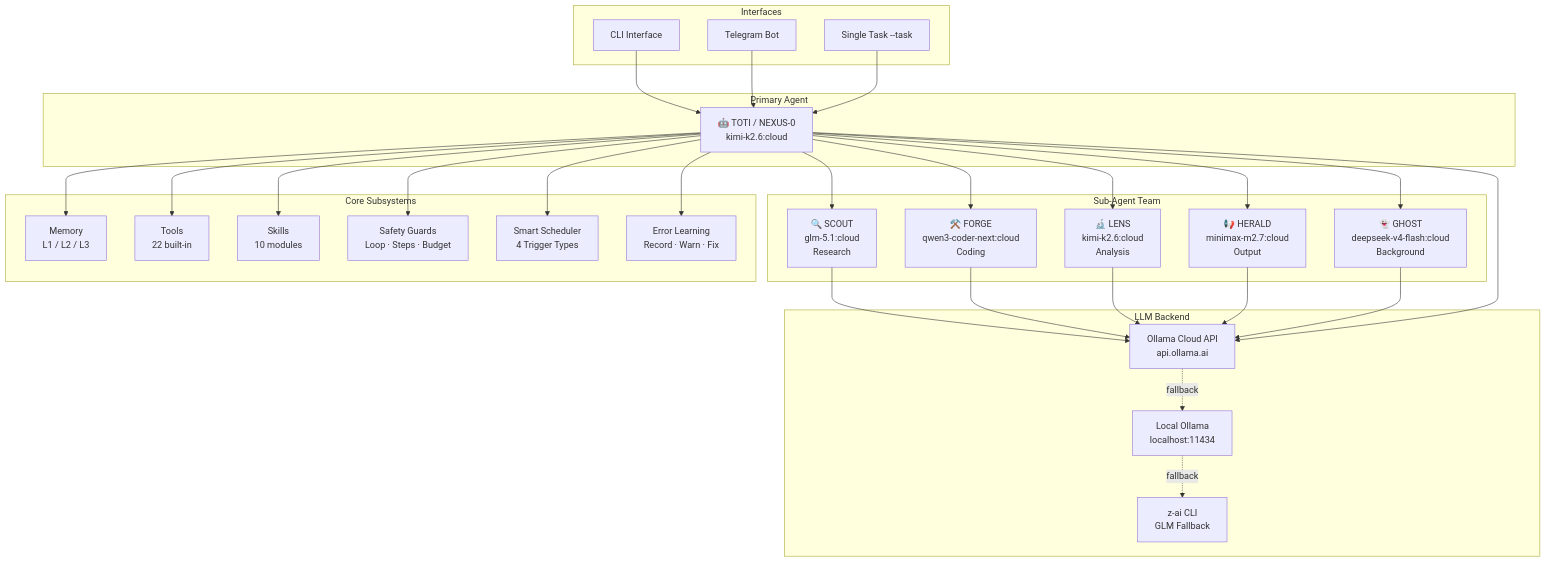
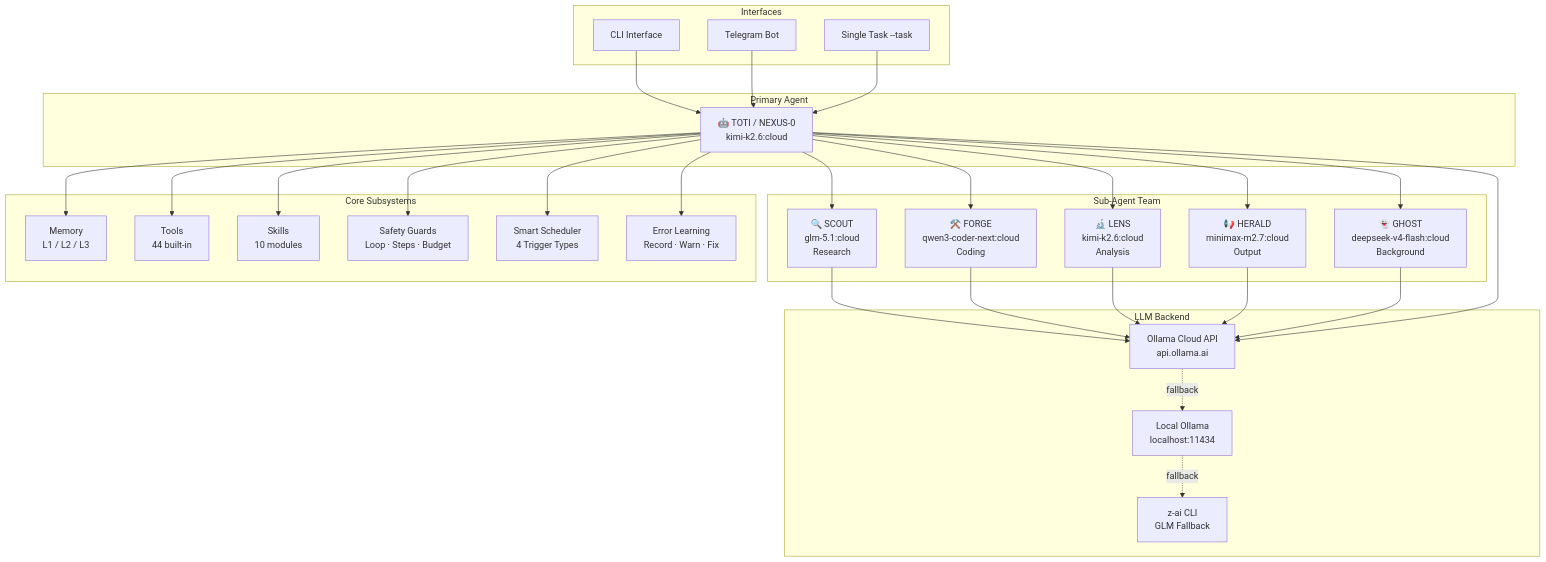
Before and after one commit to TitoPrausee/nexus-toti: the first of 10 diagrams in README.md, drawn with Mermaid. The commit also changed other lines of this file, not shown here.

````diff
--- a/README.md
+++ b/README.md
@@ -58,62 +58,62 @@
 ```mermaid
 graph TB
     subgraph Interfaces
         CLI[CLI Interface]
         TG[Telegram Bot]
         TASK[Single Task --task]
     end
 
     subgraph Primary["Primary Agent"]
         TOTI["🤖 TOTI / NEXUS-0<br/>kimi-k2.6:cloud"]
     end
 
     subgraph SubAgents["Sub-Agent Team"]
         SCOUT["🔍 SCOUT<br/>glm-5.1:cloud<br/>Research"]
         FORGE["⚒️ FORGE<br/>qwen3-coder-next:cloud<br/>Coding"]
         LENS["🔬 LENS<br/>kimi-k2.6:cloud<br/>Analysis"]
         HERALD["📢 HERALD<br/>minimax-m2.7:cloud<br/>Output"]
         GHOST["👻 GHOST<br/>deepseek-v4-flash:cloud<br/>Background"]
     end
 
     subgraph Core["Core Subsystems"]
         MEM["Memory<br/>L1 / L2 / L3"]
-        TOOLS["Tools<br/>22 built-in"]
+        TOOLS["Tools<br/>44 built-in"]
         SKILLS["Skills<br/>10 modules"]
         GUARDS["Safety Guards<br/>Loop · Steps · Budget"]
         SCHED["Smart Scheduler<br/>4 Trigger Types"]
         ERR["Error Learning<br/>Record · Warn · Fix"]
     end
 
     subgraph LLM["LLM Backend"]
         CLOUD["Ollama Cloud API<br/>api.ollama.ai"]
         LOCAL["Local Ollama<br/>localhost:11434"]
         ZAI["z-ai CLI<br/>GLM Fallback"]
     end
 
     CLI --> TOTI
     TG --> TOTI
     TASK --> TOTI
 
     TOTI --> SCOUT
     TOTI --> FORGE
     TOTI --> LENS
     TOTI --> HERALD
     TOTI --> GHOST
 
     TOTI --> MEM
     TOTI --> TOOLS
     TOTI --> SKILLS
     TOTI --> GUARDS
     TOTI --> SCHED
     TOTI --> ERR
 
     SCOUT --> CLOUD
     FORGE --> CLOUD
     LENS --> CLOUD
     HERALD --> CLOUD
     GHOST --> CLOUD
     TOTI --> CLOUD
 
     CLOUD -.->|fallback| LOCAL
     LOCAL -.->|fallback| ZAI
 ```
````
